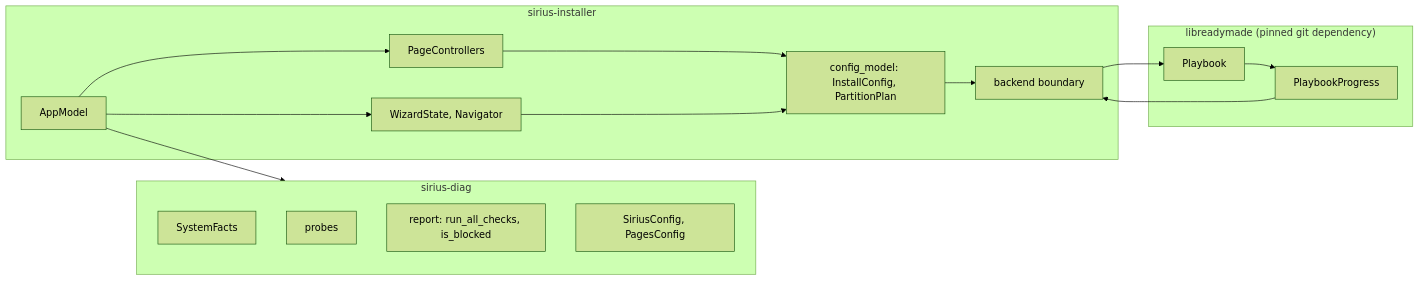
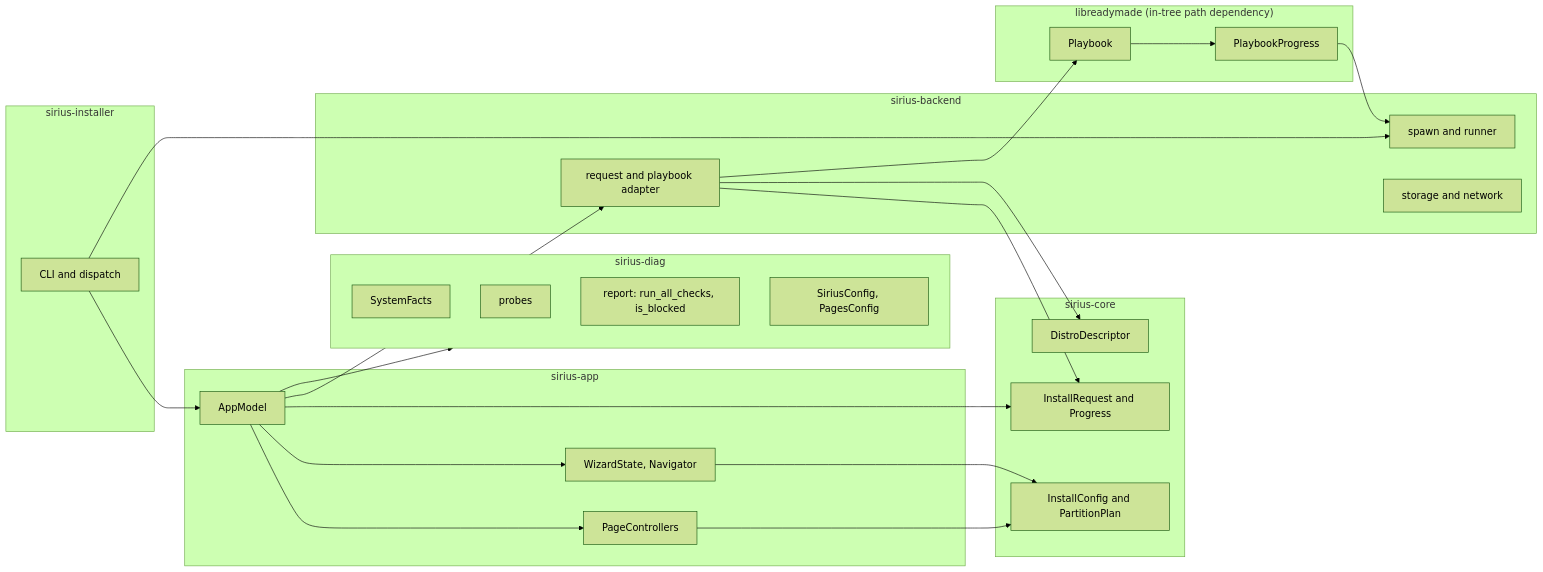
One commit to luminusOS/sirius changed the second of 8 diagrams in ARCHITECTURE.md. Above: the diagram before and after it, drawn with Mermaid (forest theme). The commit also changed other lines of this file and 103 other files, not shown here.

First line of the commit message:
refactor: split into core/backend/app crates, GNOME-style pages, 1.2.0

````diff
--- a/ARCHITECTURE.md
+++ b/ARCHITECTURE.md
@@ -30,32 +35,51 @@
 ```mermaid
 flowchart LR
   subgraph Diag["sirius-diag"]
     Facts[SystemFacts]
     Probes[probes]
     Report[report: run_all_checks, is_blocked]
     Cfg[SiriusConfig, PagesConfig]
   end
 
-  subgraph Inst["sirius-installer"]
+  subgraph App["sirius-app"]
     AppM[AppModel]
     PagesC[PageControllers]
     Wiz[WizardState, Navigator]
-    CfgM[config_model: InstallConfig, PartitionPlan]
-    Backend[backend boundary]
   end
 
-  subgraph Ready["libreadymade (pinned git dependency)"]
+  subgraph Core["sirius-core"]
+    CfgM[InstallConfig and PartitionPlan]
+    Protocol[InstallRequest and Progress]
+    Distro[DistroDescriptor]
+  end
+
+  subgraph Backend["sirius-backend"]
+    Install[request and playbook adapter]
+    Spawn[spawn and runner]
+    Integrations[storage and network]
+  end
+
+  subgraph Launcher["sirius-installer"]
+    Main[CLI and dispatch]
+  end
+
+  subgraph Ready["libreadymade (in-tree path dependency)"]
     Playbook[Playbook]
     Prog[PlaybookProgress]
   end
 
   AppM --> PagesC
   AppM --> Wiz
   AppM --> Diag
   PagesC --> CfgM
   Wiz --> CfgM
-  CfgM --> Backend
-  Backend --> Playbook
+  AppM --> Protocol
+  AppM --> Install
+  Install --> Protocol
+  Install --> Distro
+  Install --> Playbook
   Playbook --> Prog
-  Prog --> Backend
+  Prog --> Spawn
+  Main --> AppM
+  Main --> Spawn
 ```
````
